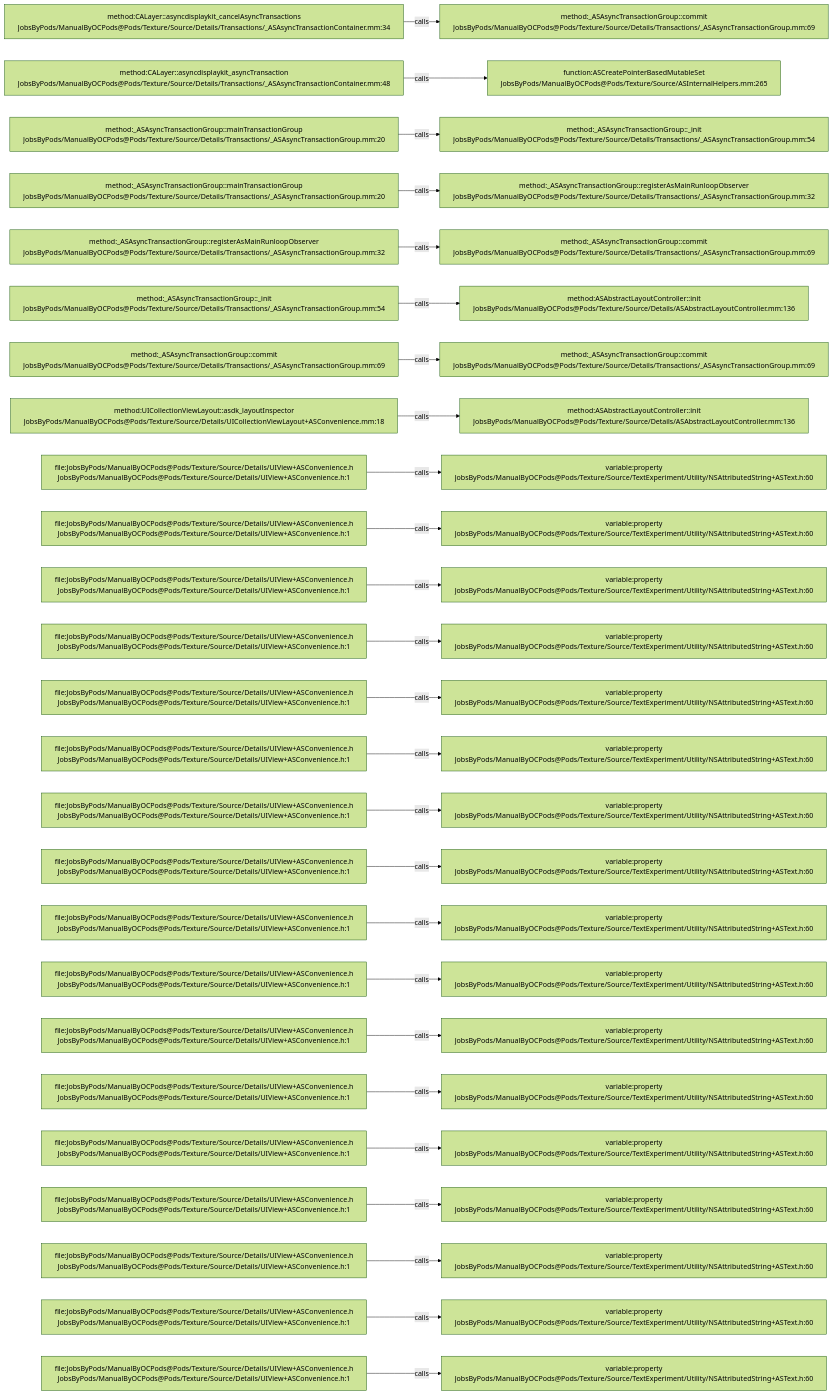
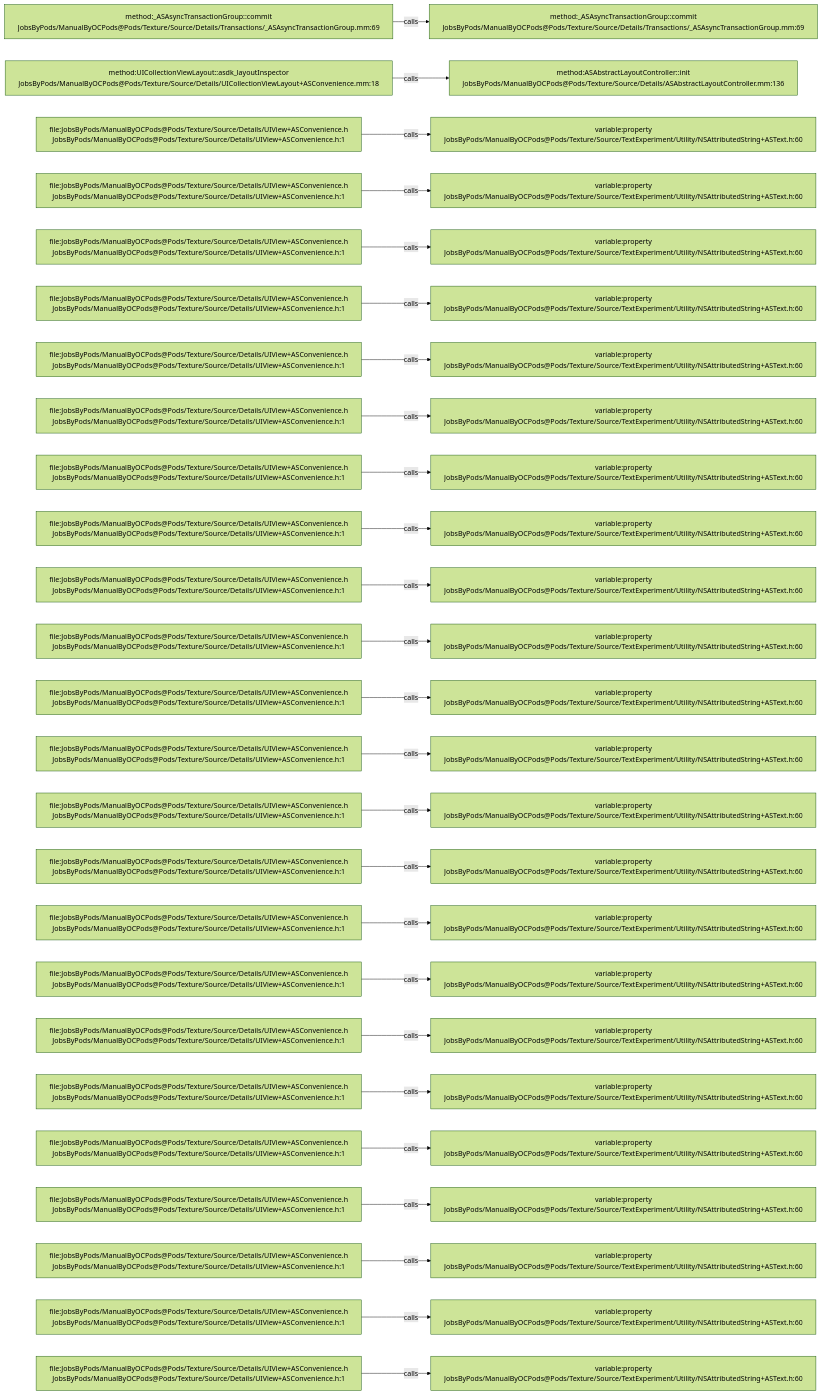
The diagram in .codegraph/codegraph.md/graphs/calls-161.md (JobsKits/JobsOCBaseConfigDemo), drawn with Mermaid (forest theme) before and after one commit. The commit also changed 666 other files, not shown here.

````diff
--- a/.codegraph/codegraph.md/graphs/calls-161.md
+++ b/.codegraph/codegraph.md/graphs/calls-161.md
@@ -13,78 +13,78 @@
 ```mermaid
 flowchart LR
-  S1["method:CALayer::asyncdisplaykit_cancelAsyncTransactions<br/>JobsByPods/ManualByOCPods@Pods/Texture/Source/Details/Transactions/_ASAsyncTransactionContainer.mm:34"]
+  S1["method:_ASAsyncTransactionGroup::commit<br/>JobsByPods/ManualByOCPods@Pods/Texture/Source/Details/Transactions/_ASAsyncTransactionGroup.mm:69"]
   T1["method:_ASAsyncTransactionGroup::commit<br/>JobsByPods/ManualByOCPods@Pods/Texture/Source/Details/Transactions/_ASAsyncTransactionGroup.mm:69"]
   S1 -->|calls| T1
-  S2["method:CALayer::asyncdisplaykit_asyncTransaction<br/>JobsByPods/ManualByOCPods@Pods/Texture/Source/Details/Transactions/_ASAsyncTransactionContainer.mm:48"]
-  T2["function:ASCreatePointerBasedMutableSet<br/>JobsByPods/ManualByOCPods@Pods/Texture/Source/ASInternalHelpers.mm:265"]
+  S2["method:UICollectionViewLayout::asdk_layoutInspector<br/>JobsByPods/ManualByOCPods@Pods/Texture/Source/Details/UICollectionViewLayout+ASConvenience.mm:18"]
+  T2["method:ASAbstractLayoutController::init<br/>JobsByPods/ManualByOCPods@Pods/Texture/Source/Details/ASAbstractLayoutController.mm:136"]
   S2 -->|calls| T2
-  S3["method:_ASAsyncTransactionGroup::mainTransactionGroup<br/>JobsByPods/ManualByOCPods@Pods/Texture/Source/Details/Transactions/_ASAsyncTransactionGroup.mm:20"]
-  T3["method:_ASAsyncTransactionGroup::_init<br/>JobsByPods/ManualByOCPods@Pods/Texture/Source/Details/Transactions/_ASAsyncTransactionGroup.mm:54"]
+  S3["file:JobsByPods/ManualByOCPods@Pods/Texture/Source/Details/UIView+ASConvenience.h<br/>JobsByPods/ManualByOCPods@Pods/Texture/Source/Details/UIView+ASConvenience.h:1"]
+  T3["variable:property<br/>JobsByPods/ManualByOCPods@Pods/Texture/Source/TextExperiment/Utility/NSAttributedString+ASText.h:60"]
   S3 -->|calls| T3
-  S4["method:_ASAsyncTransactionGroup::mainTransactionGroup<br/>JobsByPods/ManualByOCPods@Pods/Texture/Source/Details/Transactions/_ASAsyncTransactionGroup.mm:20"]
-  T4["method:_ASAsyncTransactionGroup::registerAsMainRunloopObserver<br/>JobsByPods/ManualByOCPods@Pods/Texture/Source/Details/Transactions/_ASAsyncTransactionGroup.mm:32"]
+  S4["file:JobsByPods/ManualByOCPods@Pods/Texture/Source/Details/UIView+ASConvenience.h<br/>JobsByPods/ManualByOCPods@Pods/Texture/Source/Details/UIView+ASConvenience.h:1"]
+  T4["variable:property<br/>JobsByPods/ManualByOCPods@Pods/Texture/Source/TextExperiment/Utility/NSAttributedString+ASText.h:60"]
   S4 -->|calls| T4
-  S5["method:_ASAsyncTransactionGroup::registerAsMainRunloopObserver<br/>JobsByPods/ManualByOCPods@Pods/Texture/Source/Details/Transactions/_ASAsyncTransactionGroup.mm:32"]
-  T5["method:_ASAsyncTransactionGroup::commit<br/>JobsByPods/ManualByOCPods@Pods/Texture/Source/Details/Transactions/_ASAsyncTransactionGroup.mm:69"]
+  S5["file:JobsByPods/ManualByOCPods@Pods/Texture/Source/Details/UIView+ASConvenience.h<br/>JobsByPods/ManualByOCPods@Pods/Texture/Source/Details/UIView+ASConvenience.h:1"]
+  T5["variable:property<br/>JobsByPods/ManualByOCPods@Pods/Texture/Source/TextExperiment/Utility/NSAttributedString+ASText.h:60"]
   S5 -->|calls| T5
-  S6["method:_ASAsyncTransactionGroup::_init<br/>JobsByPods/ManualByOCPods@Pods/Texture/Source/Details/Transactions/_ASAsyncTransactionGroup.mm:54"]
-  T6["method:ASAbstractLayoutController::init<br/>JobsByPods/ManualByOCPods@Pods/Texture/Source/Details/ASAbstractLayoutController.mm:136"]
+  S6["file:JobsByPods/ManualByOCPods@Pods/Texture/Source/Details/UIView+ASConvenience.h<br/>JobsByPods/ManualByOCPods@Pods/Texture/Source/Details/UIView+ASConvenience.h:1"]
+  T6["variable:property<br/>JobsByPods/ManualByOCPods@Pods/Texture/Source/TextExperiment/Utility/NSAttributedString+ASText.h:60"]
   S6 -->|calls| T6
-  S7["method:_ASAsyncTransactionGroup::commit<br/>JobsByPods/ManualByOCPods@Pods/Texture/Source/Details/Transactions/_ASAsyncTransactionGroup.mm:69"]
-  T7["method:_ASAsyncTransactionGroup::commit<br/>JobsByPods/ManualByOCPods@Pods/Texture/Source/Details/Transactions/_ASAsyncTransactionGroup.mm:69"]
+  S7["file:JobsByPods/ManualByOCPods@Pods/Texture/Source/Details/UIView+ASConvenience.h<br/>JobsByPods/ManualByOCPods@Pods/Texture/Source/Details/UIView+ASConvenience.h:1"]
+  T7["variable:property<br/>JobsByPods/ManualByOCPods@Pods/Texture/Source/TextExperiment/Utility/NSAttributedString+ASText.h:60"]
   S7 -->|calls| T7
-  S8["method:UICollectionViewLayout::asdk_layoutInspector<br/>JobsByPods/ManualByOCPods@Pods/Texture/Source/Details/UICollectionViewLayout+ASConvenience.mm:18"]
-  T8["method:ASAbstractLayoutController::init<br/>JobsByPods/ManualByOCPods@Pods/Texture/Source/Details/ASAbstractLayoutController.mm:136"]
+  S8["file:JobsByPods/ManualByOCPods@Pods/Texture/Source/Details/UIView+ASConvenience.h<br/>JobsByPods/ManualByOCPods@Pods/Texture/Source/Details/UIView+ASConvenience.h:1"]
+  T8["variable:property<br/>JobsByPods/ManualByOCPods@Pods/Texture/Source/TextExperiment/Utility/NSAttributedString+ASText.h:60"]
   S8 -->|calls| T8
   S9["file:JobsByPods/ManualByOCPods@Pods/Texture/Source/Details/UIView+ASConvenience.h<br/>JobsByPods/ManualByOCPods@Pods/Texture/Source/Details/UIView+ASConvenience.h:1"]
   T9["variable:property<br/>JobsByPods/ManualByOCPods@Pods/Texture/Source/TextExperiment/Utility/NSAttributedString+ASText.h:60"]
   S9 -->|calls| T9
   S10["file:JobsByPods/ManualByOCPods@Pods/Texture/Source/Details/UIView+ASConvenience.h<br/>JobsByPods/ManualByOCPods@Pods/Texture/Source/Details/UIView+ASConvenience.h:1"]
   T10["variable:property<br/>JobsByPods/ManualByOCPods@Pods/Texture/Source/TextExperiment/Utility/NSAttributedString+ASText.h:60"]
   S10 -->|calls| T10
   S11["file:JobsByPods/ManualByOCPods@Pods/Texture/Source/Details/UIView+ASConvenience.h<br/>JobsByPods/ManualByOCPods@Pods/Texture/Source/Details/UIView+ASConvenience.h:1"]
   T11["variable:property<br/>JobsByPods/ManualByOCPods@Pods/Texture/Source/TextExperiment/Utility/NSAttributedString+ASText.h:60"]
   S11 -->|calls| T11
   S12["file:JobsByPods/ManualByOCPods@Pods/Texture/Source/Details/UIView+ASConvenience.h<br/>JobsByPods/ManualByOCPods@Pods/Texture/Source/Details/UIView+ASConvenience.h:1"]
   T12["variable:property<br/>JobsByPods/ManualByOCPods@Pods/Texture/Source/TextExperiment/Utility/NSAttributedString+ASText.h:60"]
   S12 -->|calls| T12
   S13["file:JobsByPods/ManualByOCPods@Pods/Texture/Source/Details/UIView+ASConvenience.h<br/>JobsByPods/ManualByOCPods@Pods/Texture/Source/Details/UIView+ASConvenience.h:1"]
   T13["variable:property<br/>JobsByPods/ManualByOCPods@Pods/Texture/Source/TextExperiment/Utility/NSAttributedString+ASText.h:60"]
   S13 -->|calls| T13
   S14["file:JobsByPods/ManualByOCPods@Pods/Texture/Source/Details/UIView+ASConvenience.h<br/>JobsByPods/ManualByOCPods@Pods/Texture/Source/Details/UIView+ASConvenience.h:1"]
   T14["variable:property<br/>JobsByPods/ManualByOCPods@Pods/Texture/Source/TextExperiment/Utility/NSAttributedString+ASText.h:60"]
   S14 -->|calls| T14
   S15["file:JobsByPods/ManualByOCPods@Pods/Texture/Source/Details/UIView+ASConvenience.h<br/>JobsByPods/ManualByOCPods@Pods/Texture/Source/Details/UIView+ASConvenience.h:1"]
   T15["variable:property<br/>JobsByPods/ManualByOCPods@Pods/Texture/Source/TextExperiment/Utility/NSAttributedString+ASText.h:60"]
   S15 -->|calls| T15
   S16["file:JobsByPods/ManualByOCPods@Pods/Texture/Source/Details/UIView+ASConvenience.h<br/>JobsByPods/ManualByOCPods@Pods/Texture/Source/Details/UIView+ASConvenience.h:1"]
   T16["variable:property<br/>JobsByPods/ManualByOCPods@Pods/Texture/Source/TextExperiment/Utility/NSAttributedString+ASText.h:60"]
   S16 -->|calls| T16
   S17["file:JobsByPods/ManualByOCPods@Pods/Texture/Source/Details/UIView+ASConvenience.h<br/>JobsByPods/ManualByOCPods@Pods/Texture/Source/Details/UIView+ASConvenience.h:1"]
   T17["variable:property<br/>JobsByPods/ManualByOCPods@Pods/Texture/Source/TextExperiment/Utility/NSAttributedString+ASText.h:60"]
   S17 -->|calls| T17
   S18["file:JobsByPods/ManualByOCPods@Pods/Texture/Source/Details/UIView+ASConvenience.h<br/>JobsByPods/ManualByOCPods@Pods/Texture/Source/Details/UIView+ASConvenience.h:1"]
   T18["variable:property<br/>JobsByPods/ManualByOCPods@Pods/Texture/Source/TextExperiment/Utility/NSAttributedString+ASText.h:60"]
   S18 -->|calls| T18
   S19["file:JobsByPods/ManualByOCPods@Pods/Texture/Source/Details/UIView+ASConvenience.h<br/>JobsByPods/ManualByOCPods@Pods/Texture/Source/Details/UIView+ASConvenience.h:1"]
   T19["variable:property<br/>JobsByPods/ManualByOCPods@Pods/Texture/Source/TextExperiment/Utility/NSAttributedString+ASText.h:60"]
   S19 -->|calls| T19
   S20["file:JobsByPods/ManualByOCPods@Pods/Texture/Source/Details/UIView+ASConvenience.h<br/>JobsByPods/ManualByOCPods@Pods/Texture/Source/Details/UIView+ASConvenience.h:1"]
   T20["variable:property<br/>JobsByPods/ManualByOCPods@Pods/Texture/Source/TextExperiment/Utility/NSAttributedString+ASText.h:60"]
   S20 -->|calls| T20
   S21["file:JobsByPods/ManualByOCPods@Pods/Texture/Source/Details/UIView+ASConvenience.h<br/>JobsByPods/ManualByOCPods@Pods/Texture/Source/Details/UIView+ASConvenience.h:1"]
   T21["variable:property<br/>JobsByPods/ManualByOCPods@Pods/Texture/Source/TextExperiment/Utility/NSAttributedString+ASText.h:60"]
   S21 -->|calls| T21
   S22["file:JobsByPods/ManualByOCPods@Pods/Texture/Source/Details/UIView+ASConvenience.h<br/>JobsByPods/ManualByOCPods@Pods/Texture/Source/Details/UIView+ASConvenience.h:1"]
   T22["variable:property<br/>JobsByPods/ManualByOCPods@Pods/Texture/Source/TextExperiment/Utility/NSAttributedString+ASText.h:60"]
   S22 -->|calls| T22
   S23["file:JobsByPods/ManualByOCPods@Pods/Texture/Source/Details/UIView+ASConvenience.h<br/>JobsByPods/ManualByOCPods@Pods/Texture/Source/Details/UIView+ASConvenience.h:1"]
   T23["variable:property<br/>JobsByPods/ManualByOCPods@Pods/Texture/Source/TextExperiment/Utility/NSAttributedString+ASText.h:60"]
   S23 -->|calls| T23
   S24["file:JobsByPods/ManualByOCPods@Pods/Texture/Source/Details/UIView+ASConvenience.h<br/>JobsByPods/ManualByOCPods@Pods/Texture/Source/Details/UIView+ASConvenience.h:1"]
   T24["variable:property<br/>JobsByPods/ManualByOCPods@Pods/Texture/Source/TextExperiment/Utility/NSAttributedString+ASText.h:60"]
   S24 -->|calls| T24
   S25["file:JobsByPods/ManualByOCPods@Pods/Texture/Source/Details/UIView+ASConvenience.h<br/>JobsByPods/ManualByOCPods@Pods/Texture/Source/Details/UIView+ASConvenience.h:1"]
   T25["variable:property<br/>JobsByPods/ManualByOCPods@Pods/Texture/Source/TextExperiment/Utility/NSAttributedString+ASText.h:60"]
   S25 -->|calls| T25
 ```
````
